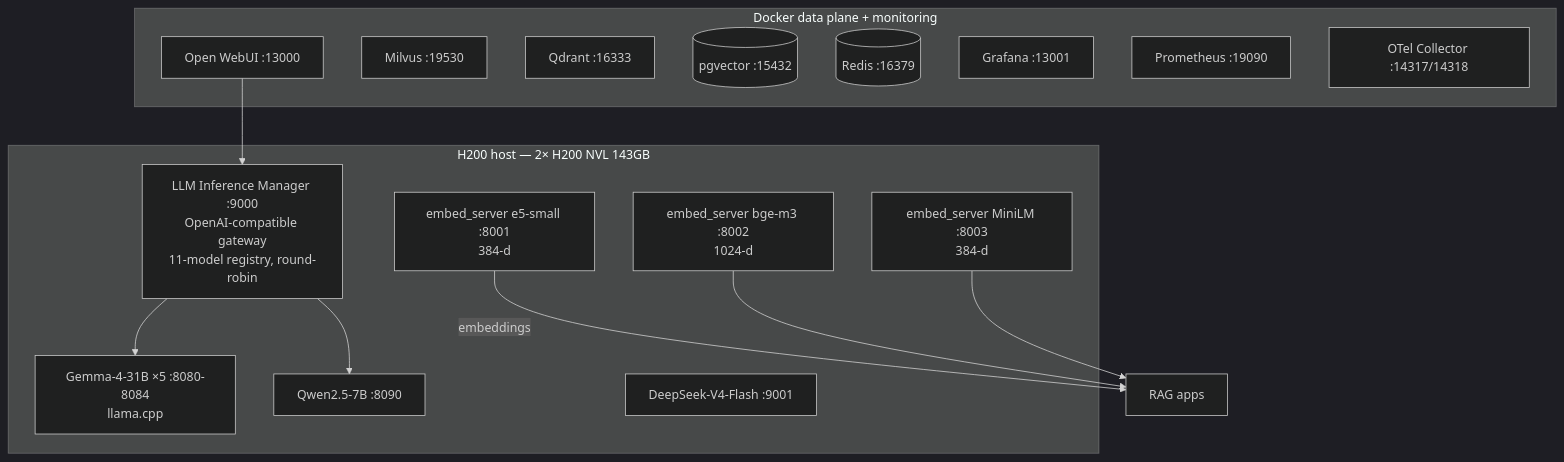
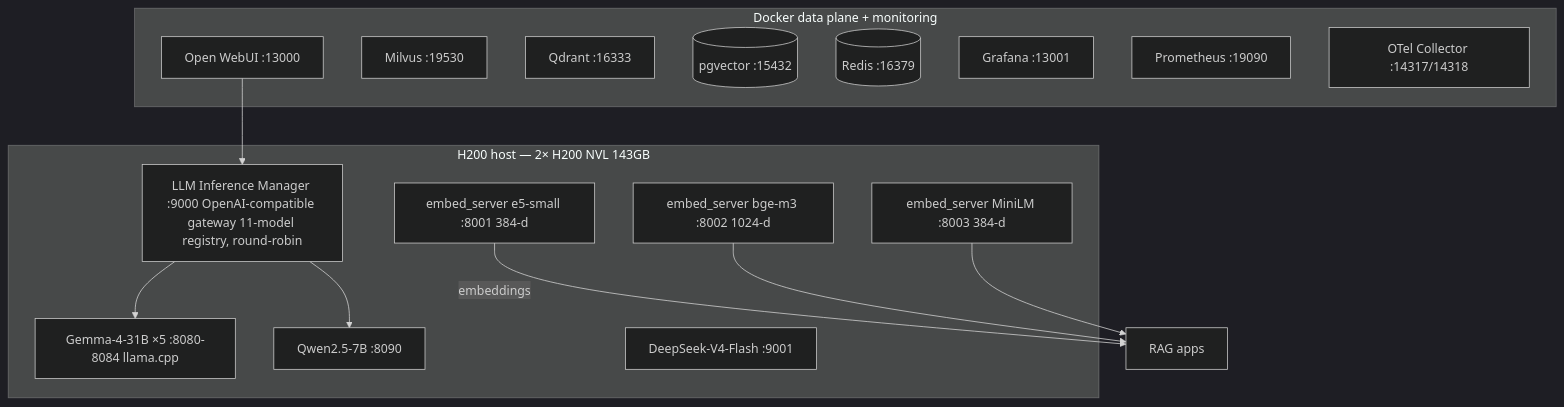
Before and after one commit to AliNikkhah2001/Work_RAG-Server-Setup: the first of 2 diagrams in README.md, drawn with Mermaid (dark theme).

Commit message:
docs(server-setup): remove <br/> tags from mermaid diagrams for compilation

````diff
--- a/README.md
+++ b/README.md
@@ -133,30 +133,30 @@
 ```mermaid
 flowchart TB
     subgraph GPU[H200 host — 2× H200 NVL 143GB]
-        E1[embed_server e5-small :8001<br/>384-d]
-        E2[embed_server bge-m3 :8002<br/>1024-d]
-        E3[embed_server MiniLM :8003<br/>384-d]
-        G1[Gemma-4-31B ×5 :8080-8084<br/>llama.cpp]
+        E1[embed_server e5-small :8001 384-d]
+        E2[embed_server bge-m3 :8002 1024-d]
+        E3[embed_server MiniLM :8003 384-d]
+        G1[Gemma-4-31B ×5 :8080-8084 llama.cpp]
         QW[Qwen2.5-7B :8090]
-        MG[LLM Inference Manager :9000<br/>OpenAI-compatible gateway<br/>11-model registry, round-robin]
+        MG[LLM Inference Manager :9000 OpenAI-compatible gateway 11-model registry, round-robin]
         DS[DeepSeek-V4-Flash :9001]
     end
 
     subgraph CONTAINERS["Docker data plane + monitoring"]
         WUI[Open WebUI :13000]
         MIL[Milvus :19530]
         QDR[Qdrant :16333]
         PG[(pgvector :15432)]
         RD[(Redis :16379)]
         GRAF[Grafana :13001]
         PROM[Prometheus :19090]
         OTEL[OTel Collector :14317/14318]
     end
 
     MG --> G1
     MG --> QW
     WUI --> MG
     E1 -->|"embeddings"| RAGAPP[RAG apps]
     E2 --> RAGAPP
     E3 --> RAGAPP
 ```
````
